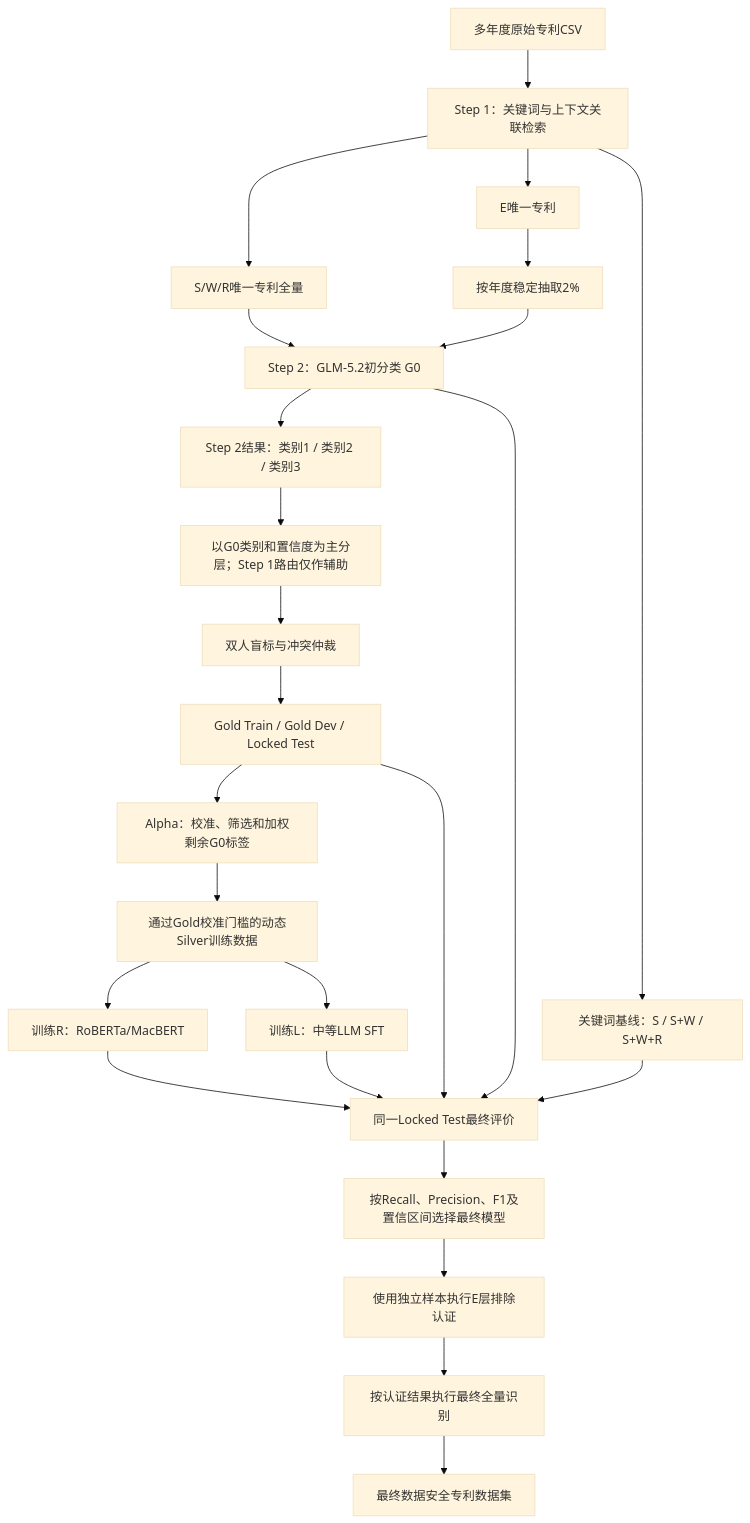
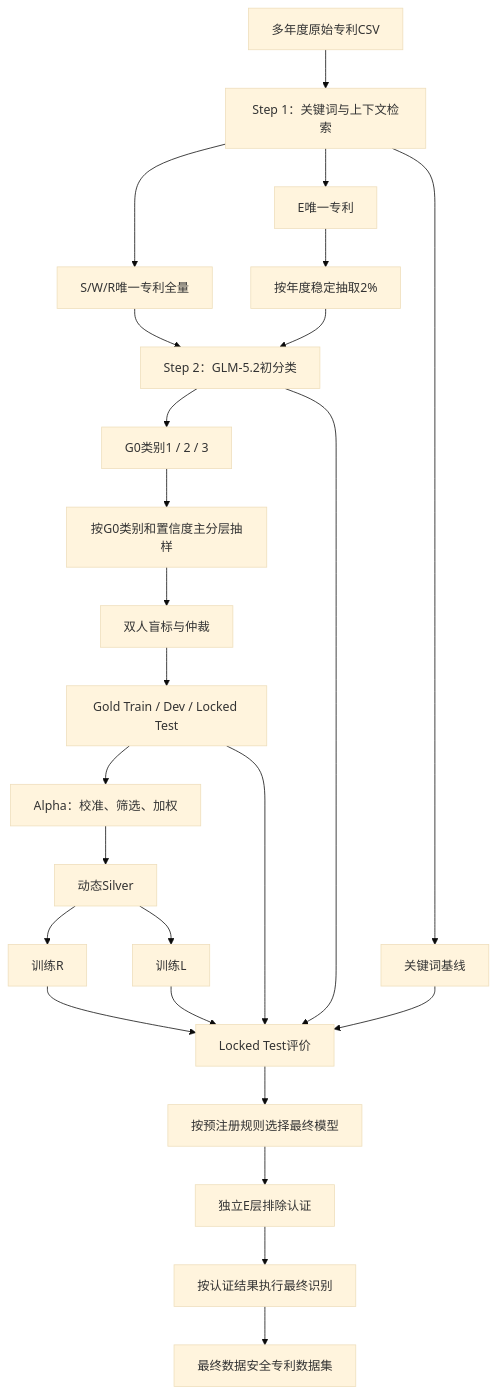
The diagram in docs/patent_identification_methodology.md (icy-swan/patent-data-security), drawn with Mermaid (base theme) before and after one commit. The commit also changed other lines of this file and 1 other file, not shown here.

````diff
--- a/docs/patent_identification_methodology.md
+++ b/docs/patent_identification_methodology.md
@@ -48,27 +33,27 @@
 ```mermaid
 flowchart TB
-    A["多年度原始专利CSV"] --> B["Step 1：关键词与上下文关联检索"]
+    A["多年度原始专利CSV"] --> B["Step 1：关键词与上下文检索"]
     B --> SWR["S/W/R唯一专利全量"]
     B --> E["E唯一专利"]
     E --> ES["按年度稳定抽取2%"]
-    SWR --> G0["Step 2：GLM-5.2初分类 G0"]
+    SWR --> G0["Step 2：GLM-5.2初分类"]
     ES --> G0
-    G0 --> G0CAT["Step 2结果：类别1 / 类别2 / 类别3"]
-    G0CAT --> SAMPLE["以G0类别和置信度为主分层；Step 1路由仅作辅助"]
-    SAMPLE --> HUMAN["双人盲标与冲突仲裁"]
-    HUMAN --> SPLIT["Gold Train / Gold Dev / Locked Test"]
-    SPLIT --> ALPHA["Alpha：校准、筛选和加权剩余G0标签"]
-    ALPHA --> SILVER["通过Gold校准门槛的动态Silver训练数据"]
-    SILVER --> R["训练R：RoBERTa/MacBERT"]
-    SILVER --> L["训练L：中等LLM SFT"]
-    SPLIT --> EVAL["同一Locked Test最终评价"]
+    G0 --> CAT["G0类别1 / 2 / 3"]
+    CAT --> SAMPLE["按G0类别和置信度主分层抽样"]
+    SAMPLE --> HUMAN["双人盲标与仲裁"]
+    HUMAN --> SPLIT["Gold Train / Dev / Locked Test"]
+    SPLIT --> ALPHA["Alpha：校准、筛选、加权"]
+    ALPHA --> SILVER["动态Silver"]
+    SILVER --> R["训练R"]
+    SILVER --> L["训练L"]
+    SPLIT --> EVAL["Locked Test评价"]
     G0 --> EVAL
     R --> EVAL
     L --> EVAL
-    B --> K["关键词基线：S / S+W / S+W+R"]
+    B --> K["关键词基线"]
     K --> EVAL
-    EVAL --> SELECT["按Recall、Precision、F1及置信区间选择最终模型"]
-    SELECT --> ECERT["使用独立样本执行E层排除认证"]
-    ECERT --> RUN["按认证结果执行最终全量识别"]
+    EVAL --> SELECT["按预注册规则选择最终模型"]
+    SELECT --> ECERT["独立E层排除认证"]
+    ECERT --> RUN["按认证结果执行最终识别"]
     RUN --> FINAL["最终数据安全专利数据集"]
 ```
````
